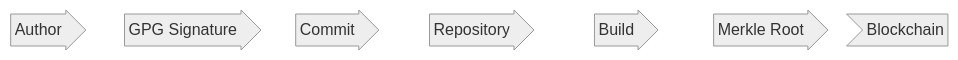
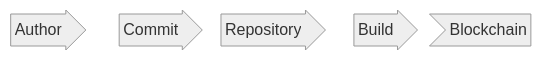
One commit to iBrotNano/blockchain_workshop_project changed the first of 4 diagrams in docs/specs/#1.md. Above: the diagram before and after it, drawn with Mermaid (neutral theme). The commit also changed other lines of this file and 24 other files, not shown here.

````diff
--- a/docs/specs/#1.md
+++ b/docs/specs/#1.md
@@ -34,10 +36,8 @@
 ```mermaid
-    block
-    Author<["Author"]>(right)
-    GpgSignature<["GPG Signature"]>(right)
-    Commit<["Commit"]>(right)
-    Repo<["Repository"]>(right)
-    Build<["Build"]>(right)
-    MerkleRoot<["Merkle Root"]>(right)
-    Blockchain>"Blockchain"]
+block
+Author<["Author"]>(right)
+Commit<["Commit"]>(right)
+Repo<["Repository"]>(right)
+Build<["Build"]>(right)
+Blockchain>"Blockchain"]
 ```
````
